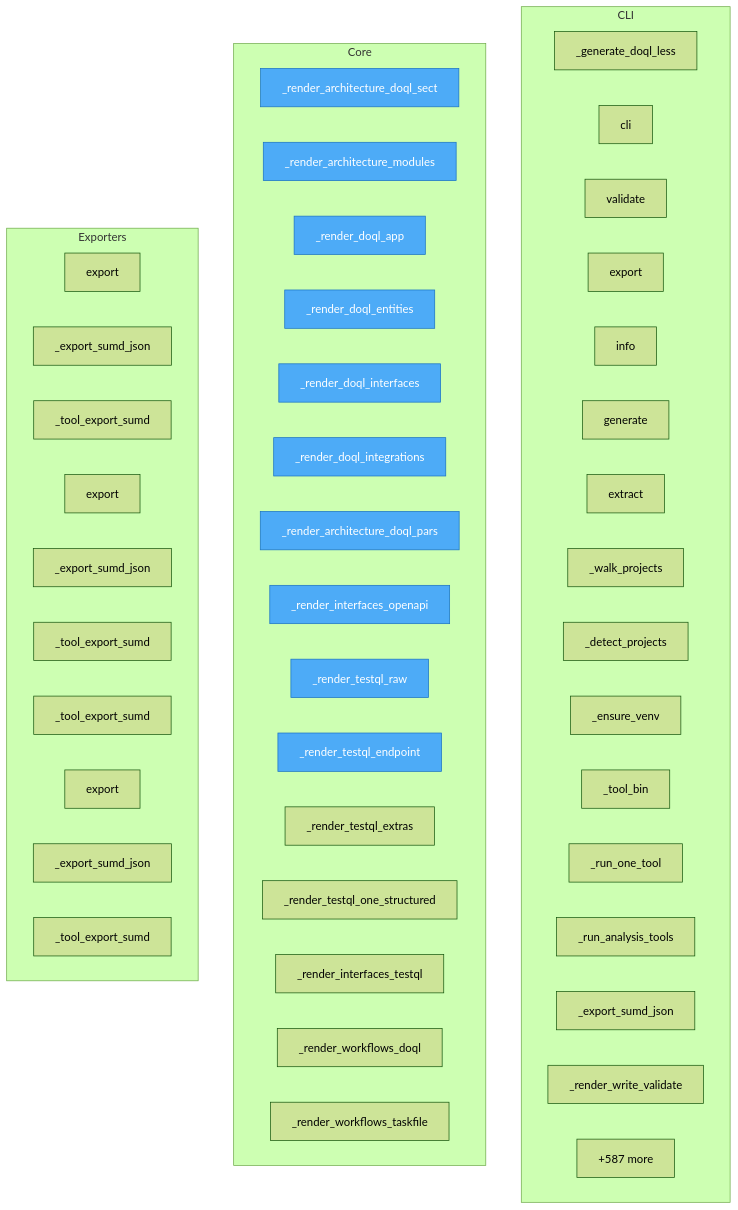
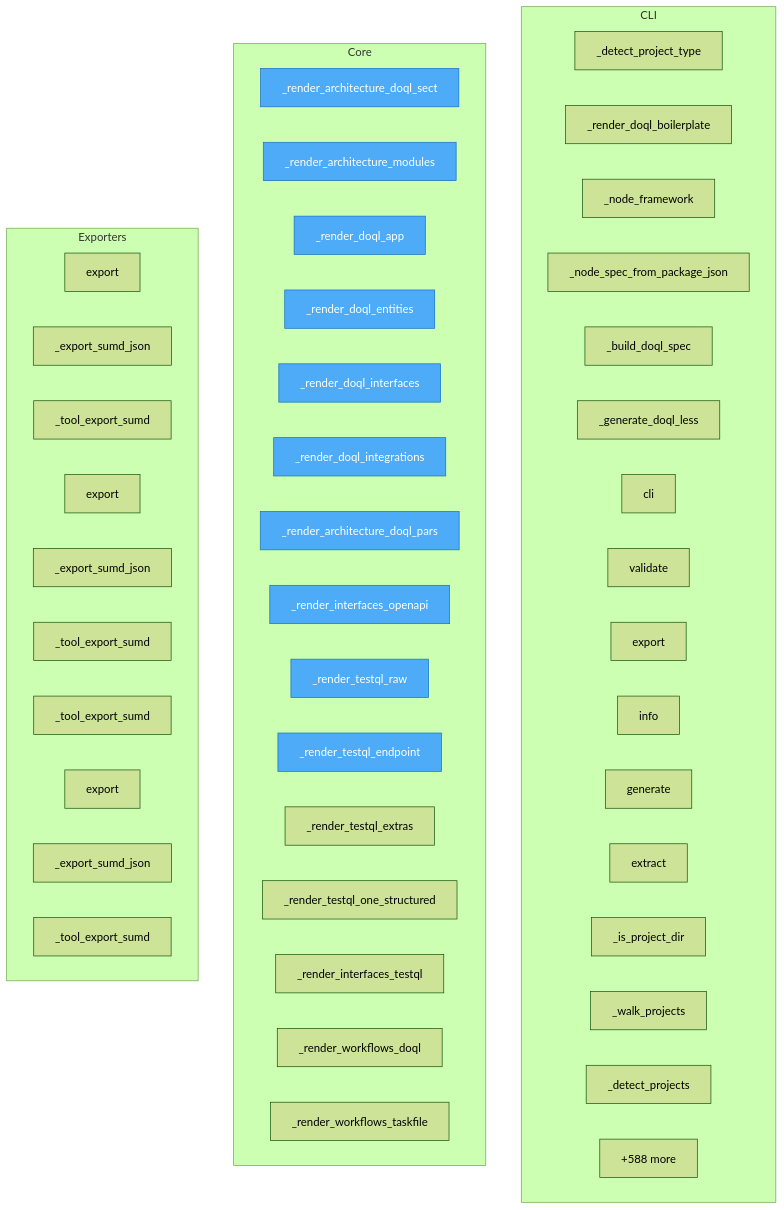
Before and after one commit to oqlos/sumd: the diagram in project/flow.mmd, drawn with Mermaid (forest theme). The commit also changed 27 other files, not shown here.

```diff
--- a/project/flow.mmd
+++ b/project/flow.mmd
@@ -1,57 +1,57 @@
 flowchart TD
 
     %% Entry points (blue)
     classDef entry fill:#4dabf7,stroke:#1971c2,color:#fff
 
     subgraph CLI
+        sumd__cli___detect_project_type["_detect_project_type"]
+        sumd__cli___render_doql_boilerplate["_render_doql_boilerplate"]
+        sumd__cli___node_framework["_node_framework"]
+        sumd__cli___node_spec_from_package_json["_node_spec_from_package_json"]
+        sumd__cli___build_doql_spec["_build_doql_spec"]
         sumd__cli___generate_doql_less["_generate_doql_less"]
         sumd__cli__cli["cli"]
         sumd__cli__validate["validate"]
         sumd__cli__export["export"]
         sumd__cli__info["info"]
         sumd__cli__generate["generate"]
         sumd__cli__extract["extract"]
+        sumd__cli___is_project_dir["_is_project_dir"]
         sumd__cli___walk_projects["_walk_projects"]
         sumd__cli___detect_projects["_detect_projects"]
-        sumd__cli___ensure_venv["_ensure_venv"]
-        sumd__cli___tool_bin["_tool_bin"]
-        sumd__cli___run_one_tool["_run_one_tool"]
-        sumd__cli___run_analysis_tools["_run_analysis_tools"]
-        sumd__cli___export_sumd_json["_export_sumd_json"]
-        sumd__cli___render_write_validate["_render_write_validate"]
-        ...["+20 more"]
+        ...["+26 more"]
     end
 
     subgraph Core
         SUMR___render_architecture_doql_section["_render_architecture_doql_sect"]
         SUMR___render_architecture_modules["_render_architecture_modules"]
         SUMR___render_doql_app["_render_doql_app"]
         SUMR___render_doql_entities["_render_doql_entities"]
         SUMR___render_doql_interfaces["_render_doql_interfaces"]
         SUMR___render_doql_integrations["_render_doql_integrations"]
         SUMR___render_architecture_doql_parsed["_render_architecture_doql_pars"]
         SUMR___render_interfaces_openapi["_render_interfaces_openapi"]
         SUMR___render_testql_raw["_render_testql_raw"]
         SUMR___render_testql_endpoint["_render_testql_endpoint"]
         SUMR___render_testql_extras["_render_testql_extras"]
         SUMR___render_testql_one_structured["_render_testql_one_structured"]
         SUMR___render_interfaces_testql["_render_interfaces_testql"]
         SUMR___render_workflows_doql["_render_workflows_doql"]
         SUMR___render_workflows_taskfile["_render_workflows_taskfile"]
-        ...["+587 more"]
+        ...["+588 more"]
     end
 
     subgraph Exporters
         SUMR__export["export"]
         SUMR___export_sumd_json["_export_sumd_json"]
         SUMR___tool_export_sumd["_tool_export_sumd"]
         SUMD__export["export"]
         SUMD___export_sumd_json["_export_sumd_json"]
         SUMD___tool_export_sumd["_tool_export_sumd"]
         sumd__mcp_server___tool_export_sumd["_tool_export_sumd"]
         project__map__toon__export["export"]
         project__map__toon___export_sumd_json["_export_sumd_json"]
         project__map__toon___tool_export_sumd["_tool_export_sumd"]
     end
 
     class SUMR___render_architecture_doql_section,SUMR___render_architecture_modules,SUMR___render_doql_app,SUMR___render_doql_entities,SUMR___render_doql_interfaces,SUMR___render_doql_integrations,SUMR___render_architecture_doql_parsed,SUMR___render_interfaces_openapi,SUMR___render_testql_raw,SUMR___render_testql_endpoint entry
```
